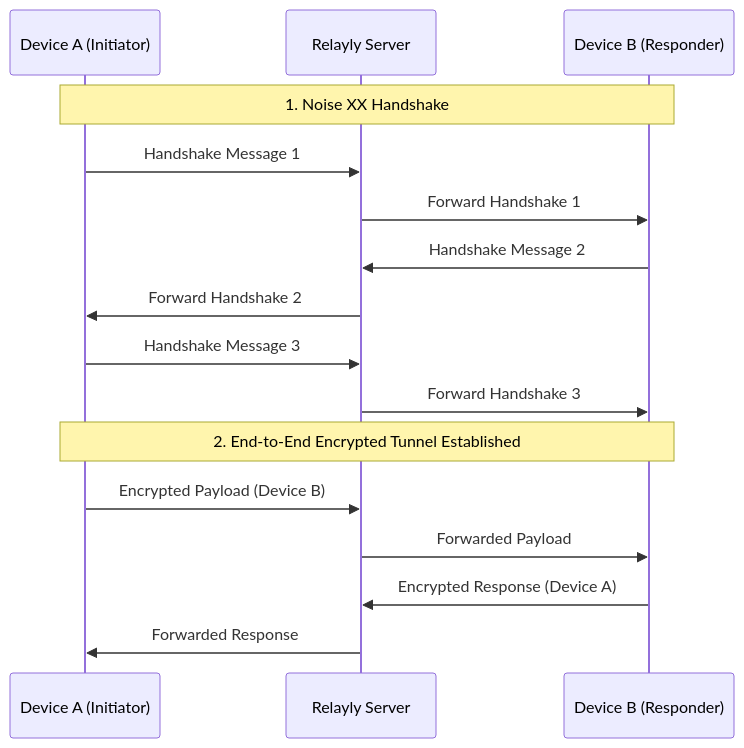
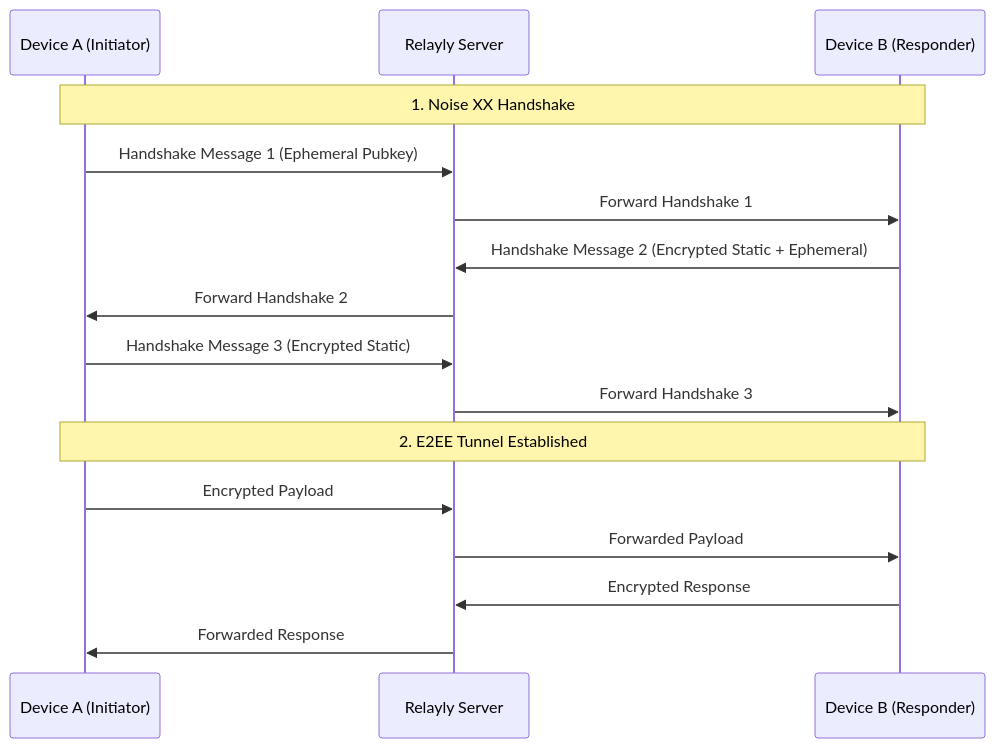
One commit to NIKX-Tech/relayly changed the diagram in README.md. Above: the diagram before and after it, drawn with Mermaid. The commit also changed other lines of this file, not shown here.

````diff
--- a/README.md
+++ b/README.md
@@ -19,20 +49,20 @@
 ```mermaid
 sequenceDiagram
     participant A as Device A (Initiator)
     participant R as Relayly Server
     participant B as Device B (Responder)
 
     Note over A,B: 1. Noise XX Handshake
-    A->>R: Handshake Message 1
+    A->>R: Handshake Message 1 (Ephemeral Pubkey)
     R->>B: Forward Handshake 1
-    B->>R: Handshake Message 2
+    B->>R: Handshake Message 2 (Encrypted Static + Ephemeral)
     R->>A: Forward Handshake 2
-    A->>R: Handshake Message 3
+    A->>R: Handshake Message 3 (Encrypted Static)
     R->>B: Forward Handshake 3
 
-    Note over A,B: 2. End-to-End Encrypted Tunnel Established
-    A->>R: Encrypted Payload (Device B)
+    Note over A,B: 2. E2EE Tunnel Established
+    A->>R: Encrypted Payload
     R->>B: Forwarded Payload
-    B->>R: Encrypted Response (Device A)
+    B->>R: Encrypted Response
     R->>A: Forwarded Response
 ```
````
